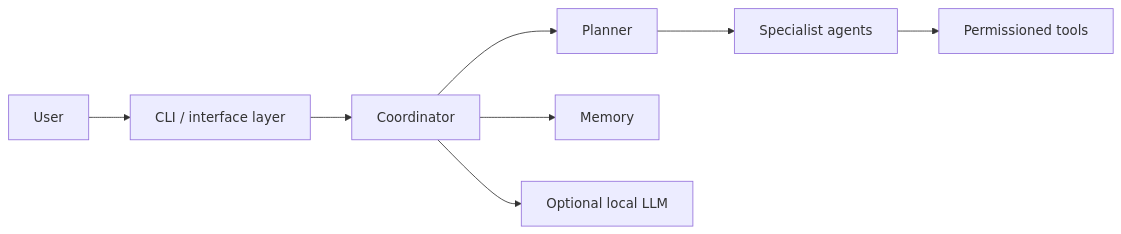
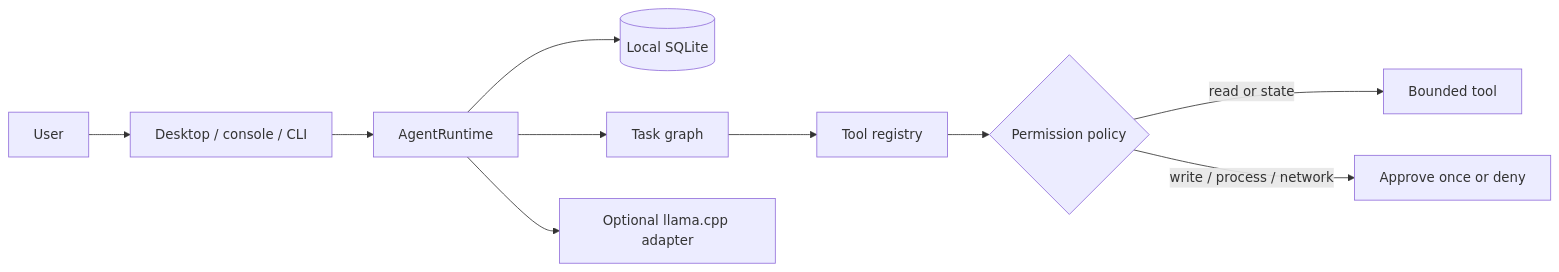
One commit to badugujashwanth-create/NIRA changed the diagram in README.md. Above: the diagram before and after it, drawn with Mermaid. The commit also changed other lines of this file and 17 other files, not shown here.

````diff
--- a/README.md
+++ b/README.md
@@ -28,10 +43,12 @@
 ```mermaid
 flowchart LR
-  User --> Interface[CLI / interface layer]
-  Interface --> Coordinator
-  Coordinator --> Planner
-  Planner --> Agents[Specialist agents]
-  Agents --> Tools[Permissioned tools]
-  Coordinator --> Memory
-  Coordinator --> LLM[Optional local LLM]
+  User --> UI[Desktop / console / CLI]
+  UI --> Runtime[AgentRuntime]
+  Runtime --> Memory[(Local SQLite)]
+  Runtime --> Graph[Task graph]
+  Graph --> Registry[Tool registry]
+  Registry --> Policy{Permission policy}
+  Policy -->|read or state| Tool[Bounded tool]
+  Policy -->|write / process / network| Approval[Approve once or deny]
+  Runtime --> Model[Optional llama.cpp adapter]
 ```
````
